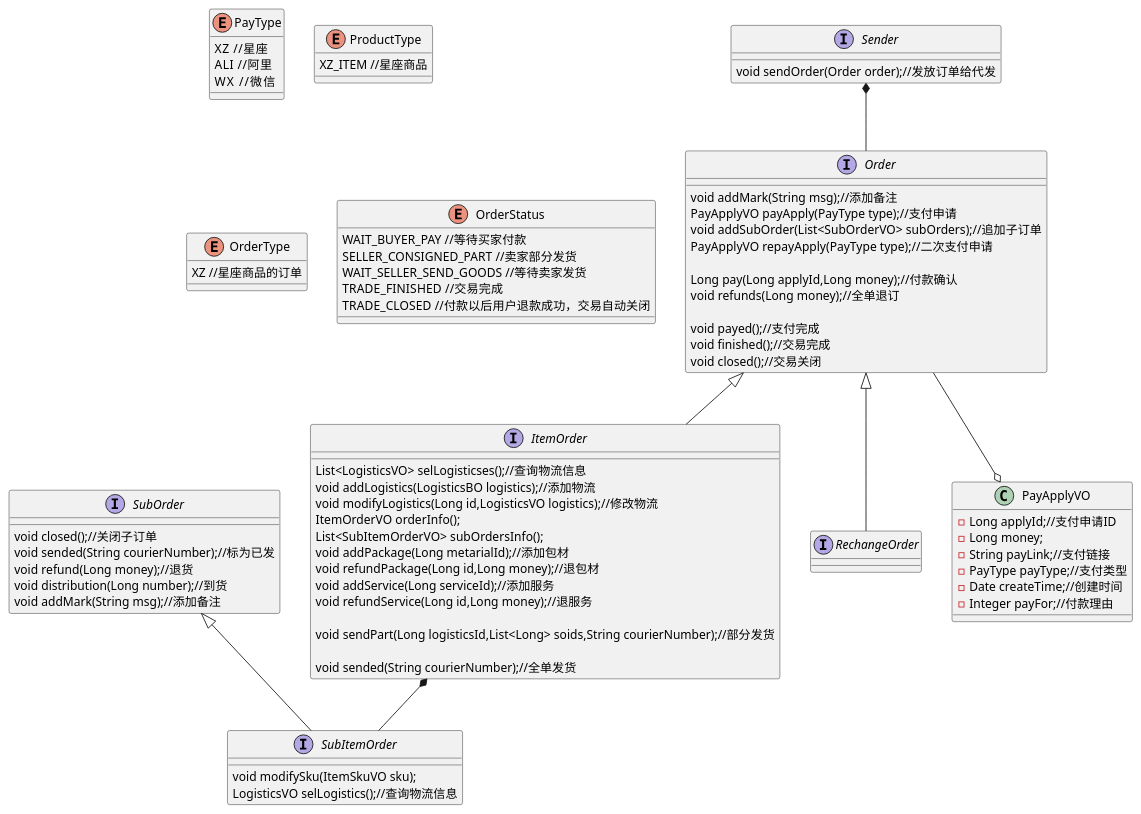
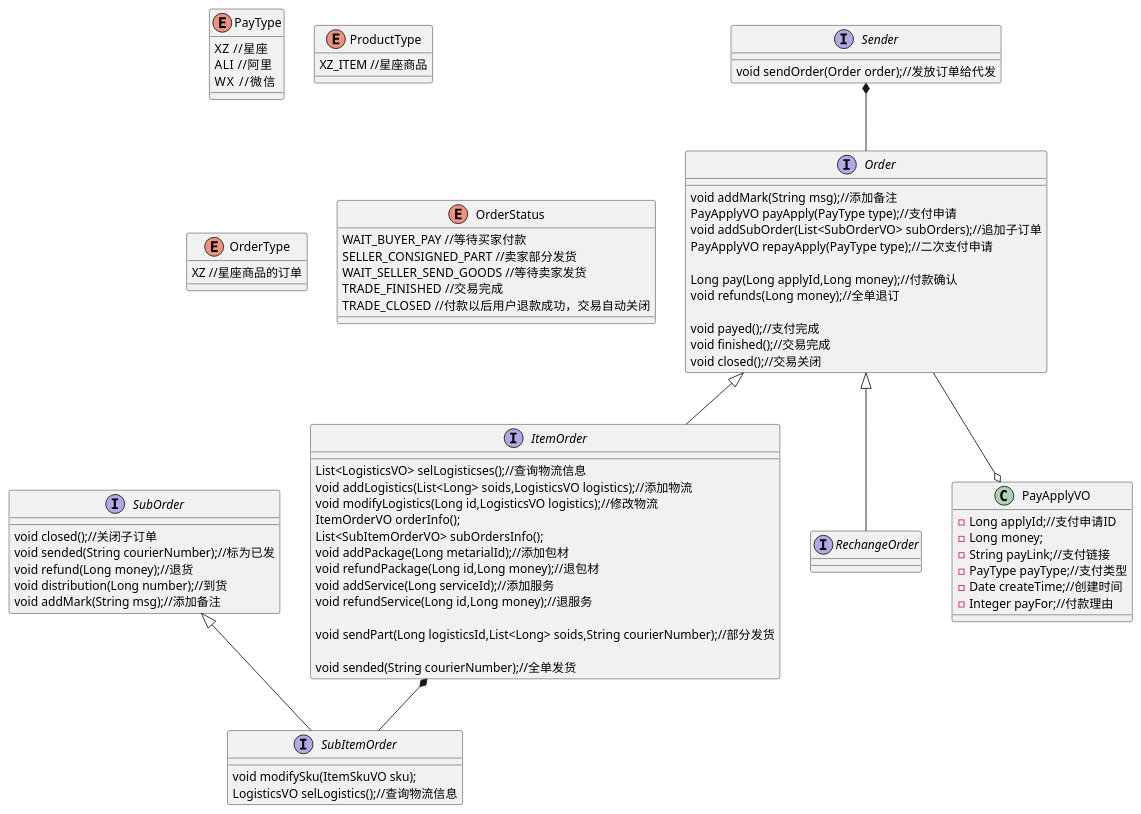
Before and after one commit to pogy/main-pom: the diagram in main4-order/main4-order-api/src/main/resources/orderClass.puml, drawn with PlantUML. The commit also changed 8 other files, not shown here.

```diff
--- a/main4-order/main4-order-api/src/main/resources/orderClass.puml
+++ b/main4-order/main4-order-api/src/main/resources/orderClass.puml
@@ -1,98 +1,98 @@
 @startuml
 enum PayType{
 XZ  //星座
 ALI  //阿里
 WX   //微信
 }
 
 interface Order{
 void addMark(String msg);//添加备注
 PayApplyVO payApply(PayType type);//支付申请
 void addSubOrder(List<SubOrderVO> subOrders);//追加子订单
 PayApplyVO repayApply(PayType type);//二次支付申请
 
 Long pay(Long applyId,Long money);//付款确认
 void refunds(Long money);//全单退订
 
 void payed();//支付完成
 void finished();//交易完成
 void closed();//交易关闭
 }
 
 interface ItemOrder{
 List<LogisticsVO> selLogisticses();//查询物流信息
-void addLogistics(LogisticsBO logistics);//添加物流
+void addLogistics(List<Long> soids,LogisticsVO logistics);//添加物流
 void modifyLogistics(Long id,LogisticsVO logistics);//修改物流
 ItemOrderVO orderInfo();
 List<SubItemOrderVO> subOrdersInfo();
 void addPackage(Long metarialId);//添加包材
 void refundPackage(Long id,Long money);//退包材
 void addService(Long serviceId);//添加服务
 void refundService(Long id,Long money);//退服务
 
 void sendPart(Long logisticsId,List<Long> soids,String courierNumber);//部分发货
 
 void sended(String courierNumber);//全单发货
 }
 
 interface RechangeOrder{
 
 }
 
 interface SubOrder{
 void closed();//关闭子订单
 void sended(String courierNumber);//标为已发
 void refund(Long money);//退货
 void distribution(Long number);//到货
 void addMark(String msg);//添加备注
 }
 
 interface SubItemOrder{
 void modifySku(ItemSkuVO sku);
 LogisticsVO selLogistics();//查询物流信息
 }
 
 interface Sender{
 void sendOrder(Order order);//发放订单给代发
 }
 
 enum ProductType{
 XZ_ITEM //星座商品
 
 }
 
 enum OrderType{
 XZ //星座商品的订单
 
 }
 
 enum OrderStatus{
 WAIT_BUYER_PAY //等待买家付款
 SELLER_CONSIGNED_PART //卖家部分发货
 WAIT_SELLER_SEND_GOODS //等待卖家发货
 TRADE_FINISHED  //交易完成
 TRADE_CLOSED  //付款以后用户退款成功，交易自动关闭
 
 }
 
 
 
 class PayApplyVO{
 -Long applyId;//支付申请ID
 -Long money;
 -String payLink;//支付链接
 -PayType payType;//支付类型
 -Date createTime;//创建时间
 -Integer payFor;//付款理由
 }
 
 SubOrder <|-- SubItemOrder
 Order <|-- ItemOrder
 Order <|-- RechangeOrder
 ItemOrder *-- SubItemOrder
 Sender *-- Order
 
 Order --o PayApplyVO
 
 
 @enduml
```
